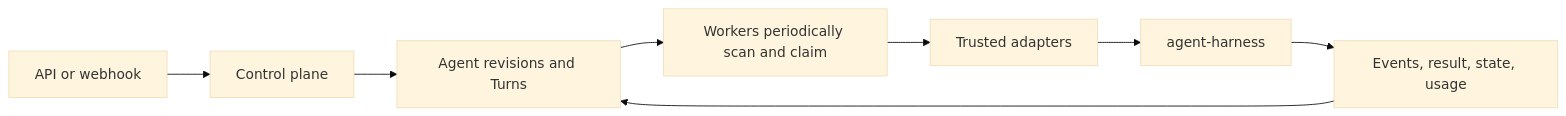
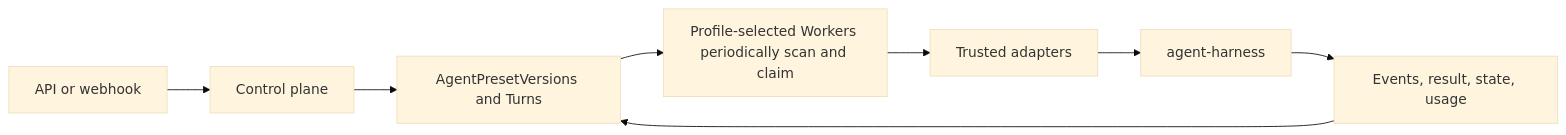
The second of 4 diagrams in spec/README.md (converge-ai-labs/agent-foundation), drawn with Mermaid (base theme) before and after one commit. The commit also changed other lines of this file and 23 other files, not shown here.

````diff
--- a/spec/README.md
+++ b/spec/README.md
@@ -185,10 +185,10 @@
 ```mermaid
 flowchart LR
     Ingress[API or webhook] --> Control[Control plane]
-    Control --> Durable[Agent revisions and Turns]
-    Durable --> Worker[Workers periodically scan and claim]
+    Control --> Durable[AgentPresetVersions and Turns]
+    Durable --> Worker[Profile-selected Workers periodically scan and claim]
     Worker --> Reconstruct[Trusted adapters]
     Reconstruct --> Harness[agent-harness]
     Harness --> Candidate[Events, result, state, usage]
     Candidate --> Durable
 ```
````
